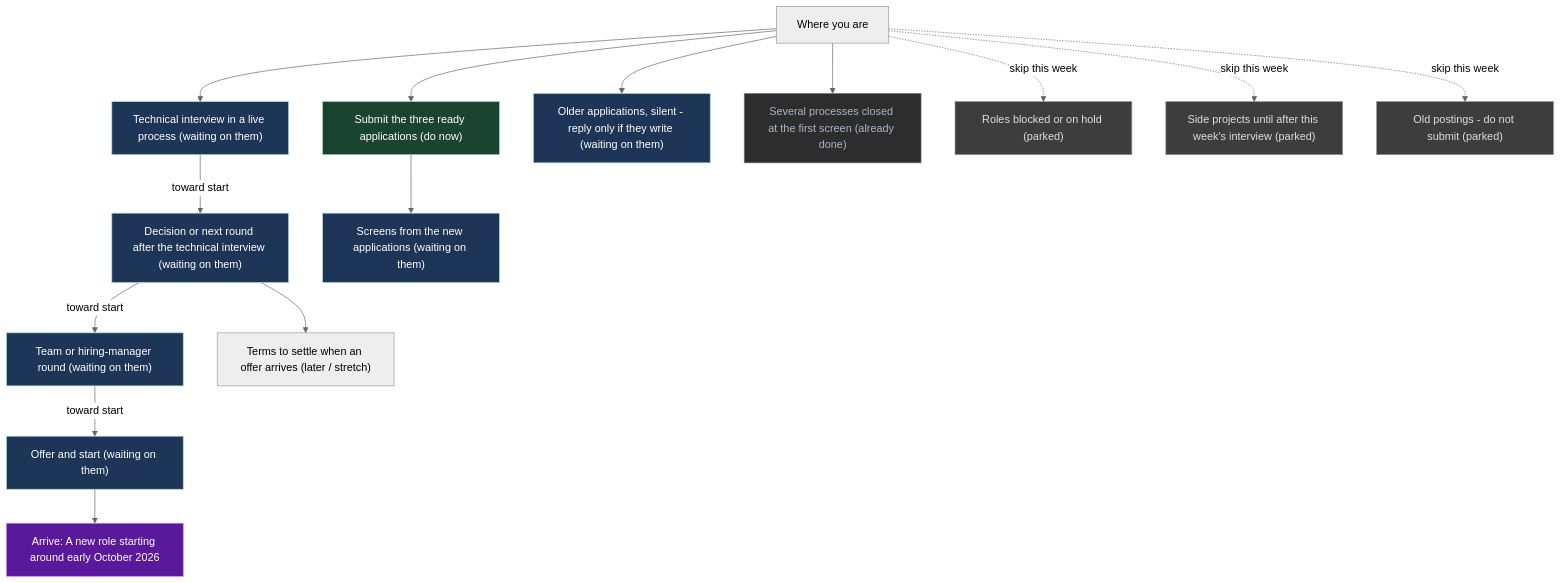
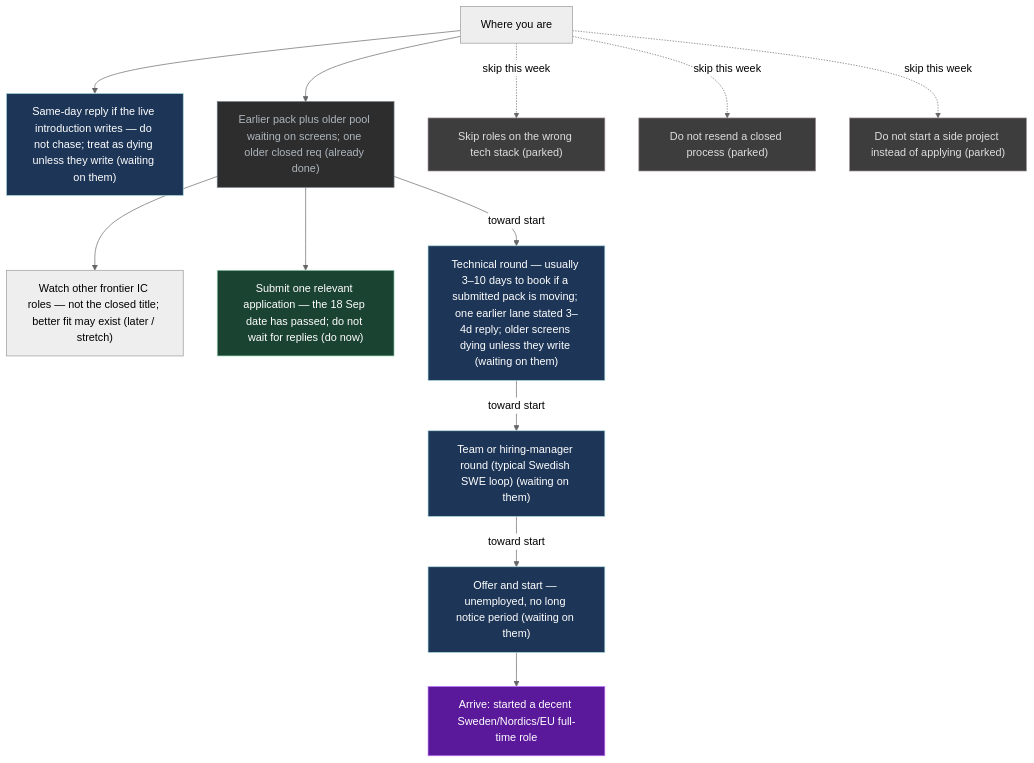
The diagram in UI/Mission.md (p10ns11y/life-os), drawn with Mermaid (neutral theme) before and after one commit. The commit also changed other lines of this file and 9 other files, not shown here.

````diff
--- a/UI/Mission.md
+++ b/UI/Mission.md
@@ -67,40 +67,36 @@
 ```mermaid
 flowchart TB
   x["Where you are"]
-  G["Arrive: A new role starting around early October 2026"]
-  S3["Submit the three ready applications (do now)"]
-  S0["Technical interview in a live process (waiting on them)"]
-  S4["Decision or next round after the technical interview (waiting on them)"]
-  S4b["Team or hiring-manager round (waiting on them)"]
-  S5["Offer and start (waiting on them)"]
-  S6["Screens from the new applications (waiting on them)"]
-  S1["Older applications, silent - reply only if they write (waiting on them)"]
-  R1["Terms to settle when an offer arrives (later / stretch)"]
-  D1["Several processes closed at the first screen (already done)"]
-  P1["Roles blocked or on hold (parked)"]
-  P2["Side projects until after this week's interview (parked)"]
-  P3["Old postings - do not submit (parked)"]
-  x --> S3
+  G["Arrive: started a decent Sweden/Nordics/EU full-time role"]
+  S0["Same-day reply if the live introduction writes — do not chase; treat as dying unless they write (waiting on them)"]
+  S1["Earlier pack plus older pool waiting on screens; one older closed req (already done)"]
+  S2["Watch other frontier IC roles — not the closed title; better fit may exist (later / stretch)"]
+  S3["Submit one relevant application — the 18 Sep date has passed; do not wait for replies (do now)"]
+  S4["Technical round — usually 3–10 days to book if a submitted pack is moving; one earlier lane stated 3–4d reply; older screens dying unless they write (waiting on them)"]
+  S4b["Team or hiring-manager round (typical Swedish SWE loop) (waiting on them)"]
+  S5["Offer and start — unemployed, no long notice period (waiting on them)"]
+  P1["Skip roles on the wrong tech stack (parked)"]
+  P2["Do not resend a closed process (parked)"]
+  P3["Do not start a side project instead of applying (parked)"]
   x --> S0
-  S0 -->|"toward start"| S4
+  x --> S1
+  S1 --> S2
+  S1 --> S3
+  S1 -->|"toward start"| S4
   S4 -->|"toward start"| S4b
   S4b -->|"toward start"| S5
-  S3 --> S6
-  x --> S1
-  S4 --> R1
-  x --> D1
   x -.->|"skip this week"| P1
   x -.->|"skip this week"| P2
   x -.->|"skip this week"| P3
   S5 --> G
   classDef do fill:#1b4332,stroke:#95d5b2,color:#fff
   classDef wait fill:#1d3557,stroke:#a8dadc,color:#fff
   classDef park fill:#3d3d3d,stroke:#9a8c98,color:#ddd
   classDef done fill:#2d2d2d,stroke:#6c757d,color:#adb5bd
   classDef goal fill:#5a189a,stroke:#c77dff,color:#fff
   class G goal
   class S3 do
-  class S0,S4,S4b,S5,S6,S1 wait
+  class S0,S4,S4b,S5 wait
   class P1,P2,P3 park
-  class D1 done
+  class S1 done
 ```
````
